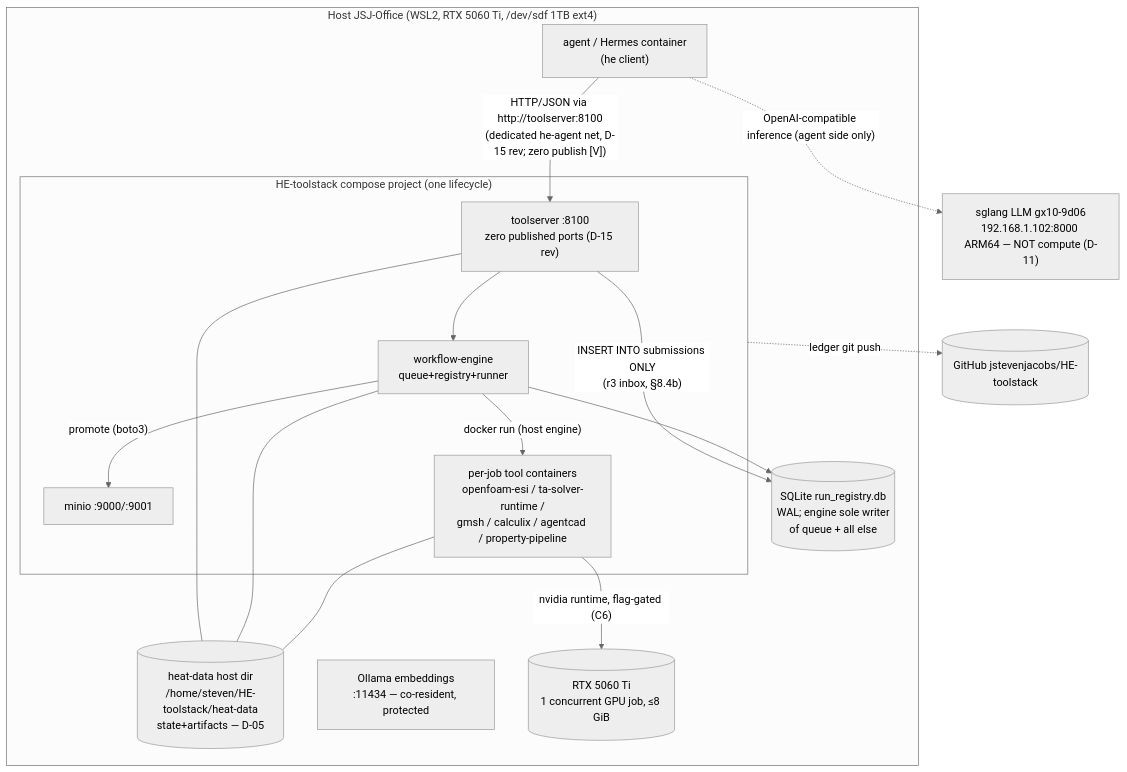
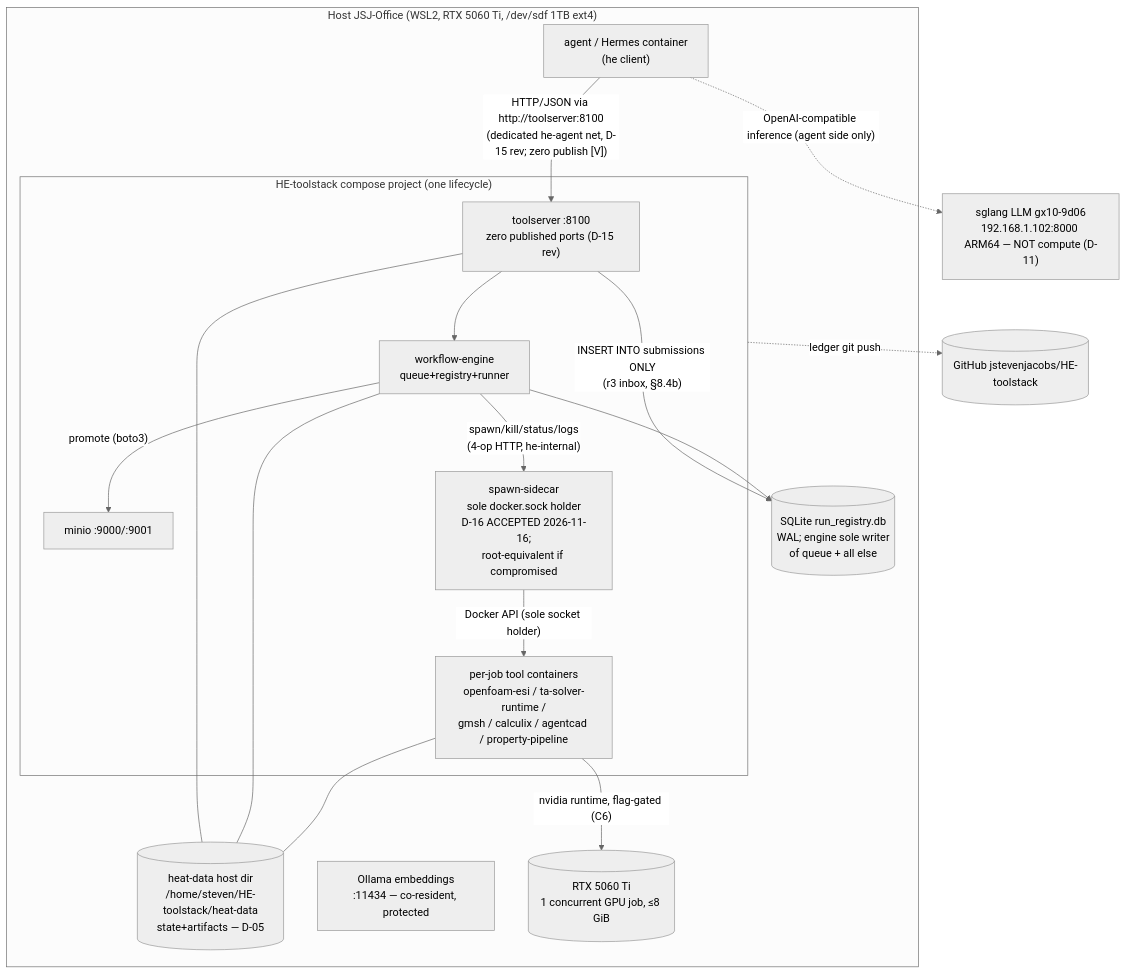
The first of 9 diagrams in docs/HE-TOOLSTACK-TECHNICAL-DESIGN.md (jstevenjacobs/HE-toolstack), drawn with Mermaid (neutral theme) before and after one commit. The commit also changed other lines of this file and 4 other files, not shown here.

````diff
--- a/docs/HE-TOOLSTACK-TECHNICAL-DESIGN.md
+++ b/docs/HE-TOOLSTACK-TECHNICAL-DESIGN.md
@@ -223,25 +223,27 @@
 ```mermaid
 graph TB
     subgraph Host["Host JSJ-Office (WSL2, RTX 5060 Ti, /dev/sdf 1TB ext4)"]
         subgraph Stack["HE-toolstack compose project (one lifecycle)"]
             TS["toolserver :8100<br/>zero published ports (D-15 rev)"]
             WE[workflow-engine<br/>queue+registry+runner]
             MO[minio :9000/:9001]
             JOB[per-job tool containers<br/>openfoam-esi / ta-solver-runtime /<br/>gmsh / calculix / agentcad / property-pipeline]
+            SC[spawn-sidecar<br/>sole docker.sock holder<br/>D-16 ACCEPTED 2026-11-16;<br/>root-equivalent if compromised]
         end
         HD[("heat-data host dir<br/>/home/steven/HE-toolstack/heat-data<br/>state+artifacts — D-05")]
         AG["agent / Hermes container<br/>(he client)"]
         EMB["Ollama embeddings<br/>:11434 — co-resident, protected"]
         TS --- HD; WE --- HD; JOB --- HD
         AG -- "HTTP/JSON via http://toolserver:8100<br/>(dedicated he-agent net, D-15 rev; zero publish [V])" --> TS
         TS -- "INSERT INTO submissions ONLY<br/>(r3 inbox, §8.4b)" --> DB[(SQLite run_registry.db<br/>WAL; engine sole writer<br/>of queue + all else)]
         TS --> WE
         WE --> DB
-        WE -- "docker run (host engine)" --> JOB
+        WE -- "spawn/kill/status/logs<br/>(4-op HTTP, he-internal)" --> SC
+        SC -- "Docker API (sole socket holder)" --> JOB
         WE -- "promote (boto3)" --> MO
         JOB -- "nvidia runtime, flag-gated (C6)" --> GPU[(RTX 5060 Ti<br/>1 concurrent GPU job, ≤8 GiB)]
     end
     AGX["sglang LLM gx10-9d06<br/>192.168.1.102:8000 ARM64 — NOT compute (D-11)"]
     AG -. "OpenAI-compatible inference (agent side only)" .-> AGX
     Stack -. "ledger git push" .-> GH[(GitHub jstevenjacobs/HE-toolstack)]
 ```
````
